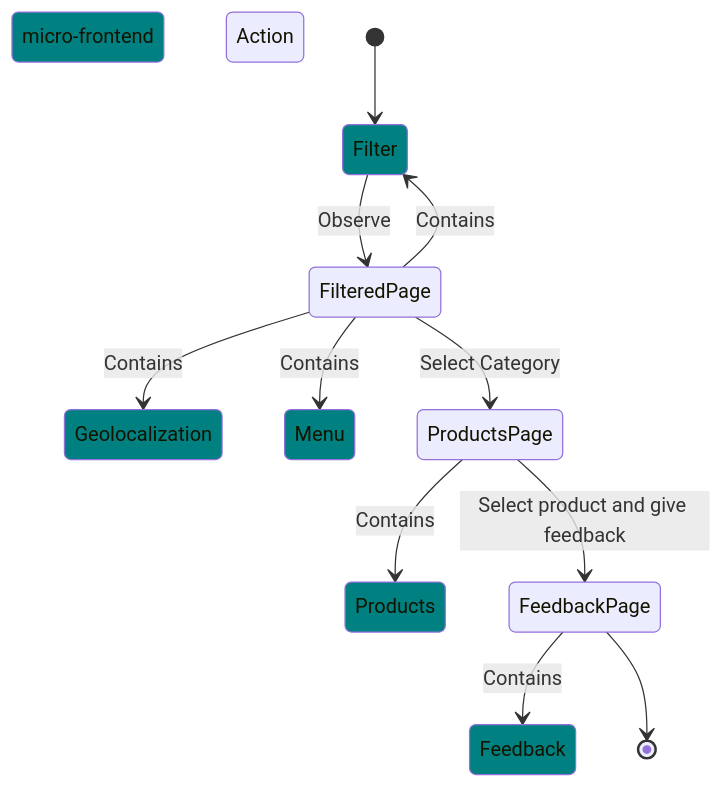
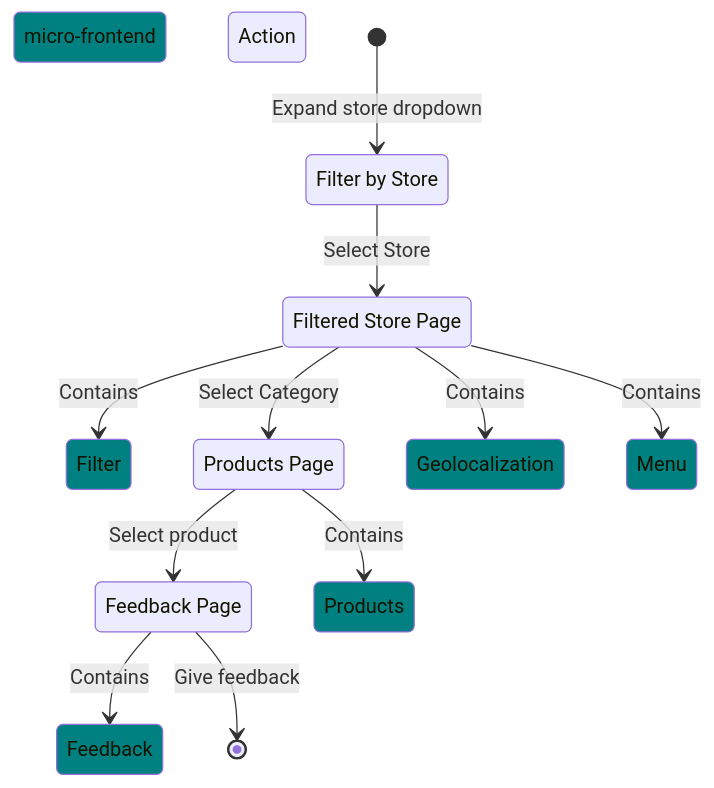
Before and after one commit to 0xjrr/aw-project: the diagram in micro-frontends/story/story-feedback.md, drawn with Mermaid.

````diff
--- a/micro-frontends/story/story-feedback.md
+++ b/micro-frontends/story/story-feedback.md
@@ -1,21 +1,27 @@
 ```mermaid
 stateDiagram-v2
     classDef coloring fill:teal  
 
     state "micro-frontend" as LegendView
 
     state "Action" as ActionView
 
-    [*] --> Filter
+    state "Filter" as FilterView
+    state "Filter by Store" as Filter
+    state "Filtered Store Page" as FilteredPage
+    state "Products Page" as ProductsPage
+    state "Feedback Page" as FeedbackPage
+
+    [*] --> Filter: Expand store dropdown
     FilteredPage --> Geolocalization: Contains
-    FilteredPage --> Filter: Contains
+    FilteredPage --> FilterView: Contains
     FilteredPage --> Menu: Contains
-    Filter --> FilteredPage: Observe
+    Filter --> FilteredPage: Select Store
     FilteredPage --> ProductsPage: Select Category
     ProductsPage --> Products: Contains
     FeedbackPage --> Feedback: Contains
-    ProductsPage --> FeedbackPage: Select product and give feedback
-    FeedbackPage --> [*]
+    ProductsPage --> FeedbackPage: Select product 
+    FeedbackPage --> [*]: Give feedback
 
-    class Geolocalization, Menu, Products, Feedback, Filter, LegendView coloring
+    class Geolocalization, Menu, Products, Feedback, LegendView, FilterView coloring
 ```
````
